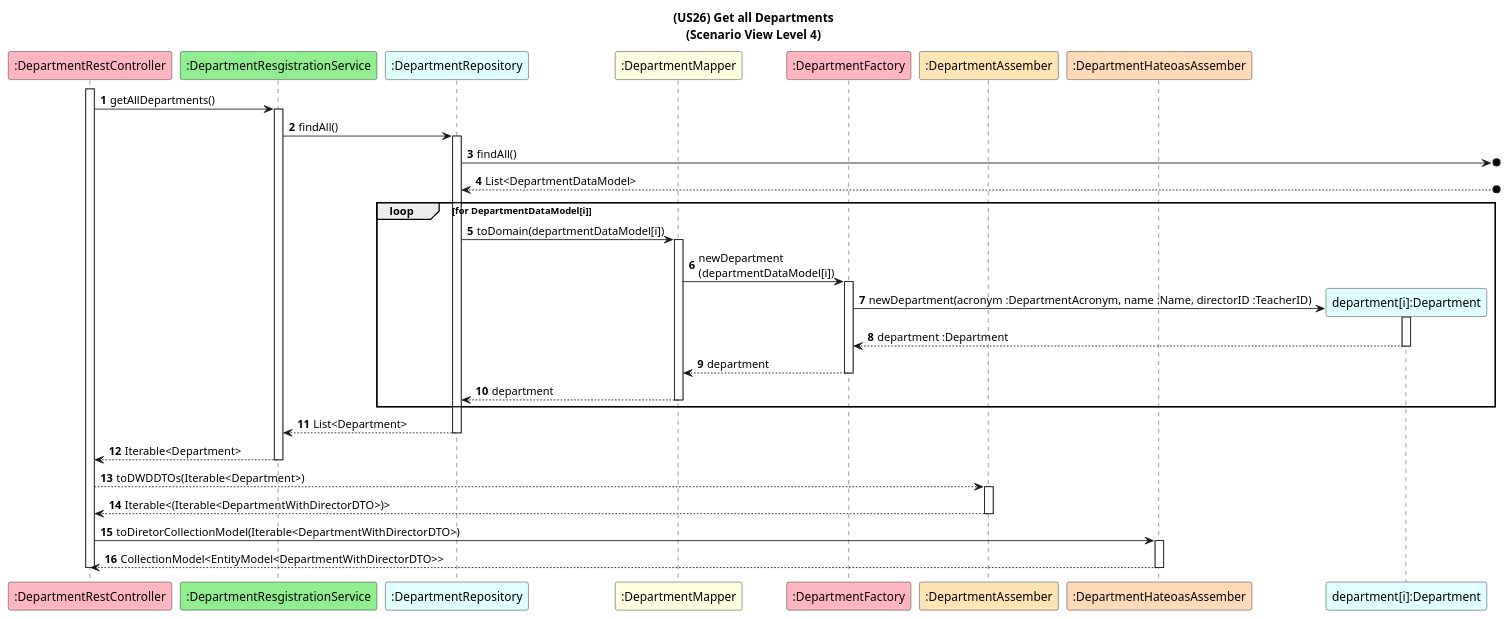
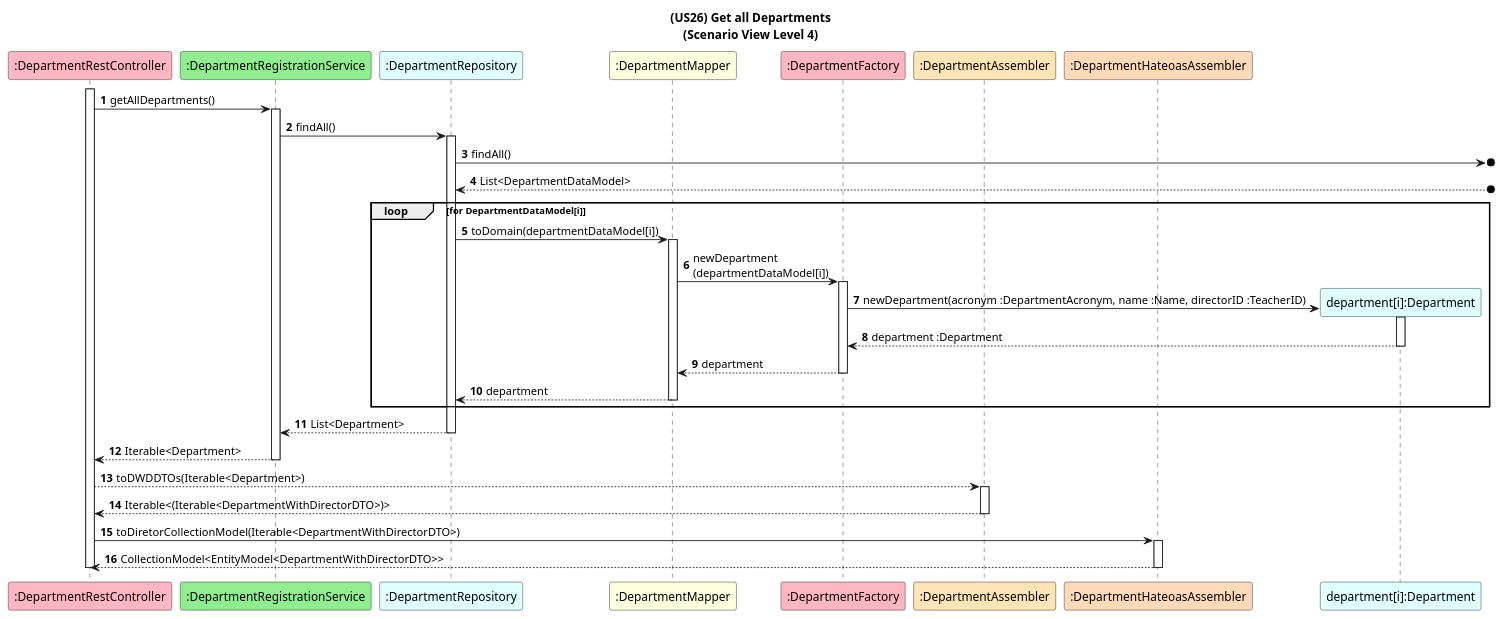
The diagram in docs/US26/Sprint6_RestAPI/ScenarioView/References/Ref-getAllDepartments.puml (GasparISEP/DevOps-PAI), drawn with PlantUML before and after one commit. The commit also changed 2 other files, not shown here.

Commit message:
docs: correct minor terminology in scenario view diagrams for US26. Refs #687

```diff
--- a/docs/US26/Sprint6_RestAPI/ScenarioView/References/Ref-getAllDepartments.puml
+++ b/docs/US26/Sprint6_RestAPI/ScenarioView/References/Ref-getAllDepartments.puml
@@ -1,46 +1,46 @@
 @startuml
 
 title (US26) Get all Departments\n(Scenario View Level 4)
 
 autonumber
 
 participant ":DepartmentRestController" as C #lightpink
-participant ":DepartmentResgistrationService" as DS #lightgreen
+participant ":DepartmentRegistrationService" as DS #lightgreen
 participant ":DepartmentRepository" as DPR #lightcyan
 participant ":DepartmentMapper" as M #lightyellow
 participant ":DepartmentFactory" as F #lightpink
-participant ":DepartmentAssember" as DA #moccasin
-participant ":DepartmentHateoasAssember" as DHA #peachpuff
+participant ":DepartmentAssembler" as DA #moccasin
+participant ":DepartmentHateoasAssembler" as DHA #peachpuff
 
 
 
 participant "department[i]:Department" as DT #lightcyan
 
 activate C
 C -> DS ++: getAllDepartments()
 
 DS -> DPR ++: findAll()
 
 DPR ->o] : findAll()
 DPR <--o] : List<DepartmentDataModel>
 
 loop for DepartmentDataModel[i]
 DPR -> M ++: toDomain(departmentDataModel[i])
 M -> F ++: newDepartment\n(departmentDataModel[i])
 F -> DT**: newDepartment(acronym :DepartmentAcronym, name :Name, directorID :TeacherID)
 activate DT
 DT --> F --: department :Department
 
 F --> M --: department
 M --> DPR --: department
 end
 
 DPR --> DS --: List<Department>
 DS --> C --: Iterable<Department>
 C --> DA ++: toDWDDTOs(Iterable<Department>)
 
 DA --> C --: Iterable<(Iterable<DepartmentWithDirectorDTO>)>
 C -> DHA ++: toDiretorCollectionModel(Iterable<DepartmentWithDirectorDTO>)
 DHA --> C --: CollectionModel<EntityModel<DepartmentWithDirectorDTO>>
 deactivate C
 @enduml
```
